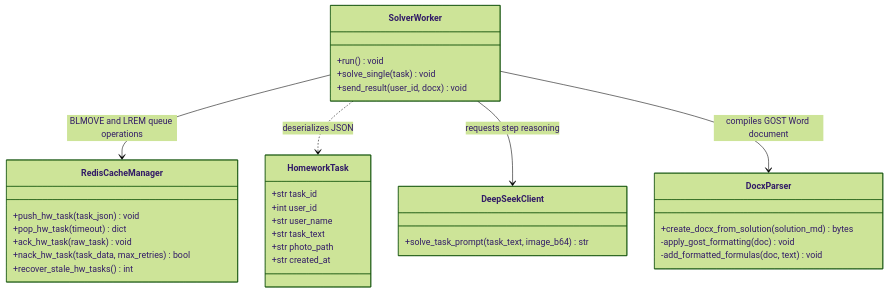
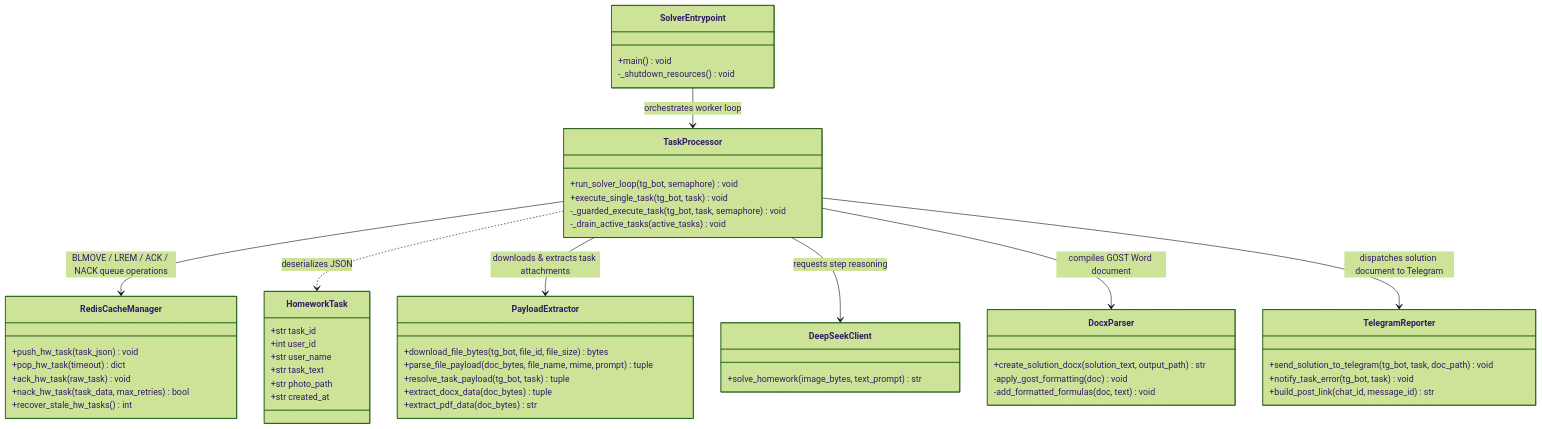
Before and after one commit to Utkautka1/para: the fifth of 38 diagrams in docs/UML.md, drawn with Mermaid (forest theme). The commit also changed 80 other files, not shown here.

````diff
--- a/docs/UML.md
+++ b/docs/UML.md
@@ -505,42 +505,65 @@
 ```mermaid
 classDiagram
     direction TB
 
     class HomeworkTask {
         +str task_id
         +int user_id
         +str user_name
         +str task_text
         +str photo_path
         +str created_at
     }
 
     class RedisCacheManager {
         +push_hw_task(task_json) void
         +pop_hw_task(timeout) dict
         +ack_hw_task(raw_task) void
         +nack_hw_task(task_data, max_retries) bool
         +recover_stale_hw_tasks() int
     }
 
-    class SolverWorker {
-        +run() void
-        +solve_single(task) void
-        +send_result(user_id, docx) void
+    class SolverEntrypoint {
+        +main() void
+        -_shutdown_resources() void
+    }
+
+    class TaskProcessor {
+        +run_solver_loop(tg_bot, semaphore) void
+        +execute_single_task(tg_bot, task) void
+        -_guarded_execute_task(tg_bot, task, semaphore) void
+        -_drain_active_tasks(active_tasks) void
+    }
+
+    class PayloadExtractor {
+        +download_file_bytes(tg_bot, file_id, file_size) bytes
+        +parse_file_payload(doc_bytes, file_name, mime, prompt) tuple
+        +resolve_task_payload(tg_bot, task) tuple
+        +extract_docx_data(doc_bytes) tuple
+        +extract_pdf_data(doc_bytes) str
+    }
+
+    class TelegramReporter {
+        +send_solution_to_telegram(tg_bot, task, doc_path) void
+        +notify_task_error(tg_bot, task) void
+        +build_post_link(chat_id, message_id) str
     }
 
     class DocxParser {
-        +create_docx_from_solution(solution_md) bytes
+        +create_solution_docx(solution_text, output_path) str
         -apply_gost_formatting(doc) void
         -add_formatted_formulas(doc, text) void
     }
 
     class DeepSeekClient {
-        +solve_task_prompt(task_text, image_b64) str
+        +solve_homework(image_bytes, text_prompt) str
     }
 
-    SolverWorker --> RedisCacheManager : BLMOVE and LREM queue operations
-    SolverWorker ..> HomeworkTask : deserializes JSON
-    SolverWorker --> DeepSeekClient : requests step reasoning
-    SolverWorker --> DocxParser : compiles GOST Word document
+    SolverEntrypoint --> TaskProcessor : orchestrates worker loop
+    TaskProcessor --> RedisCacheManager : BLMOVE / LREM / ACK / NACK queue operations
+    TaskProcessor ..> HomeworkTask : deserializes JSON
+    TaskProcessor --> PayloadExtractor : downloads & extracts task attachments
+    TaskProcessor --> DeepSeekClient : requests step reasoning
+    TaskProcessor --> DocxParser : compiles GOST Word document
+    TaskProcessor --> TelegramReporter : dispatches solution document to Telegram
 ```
````
